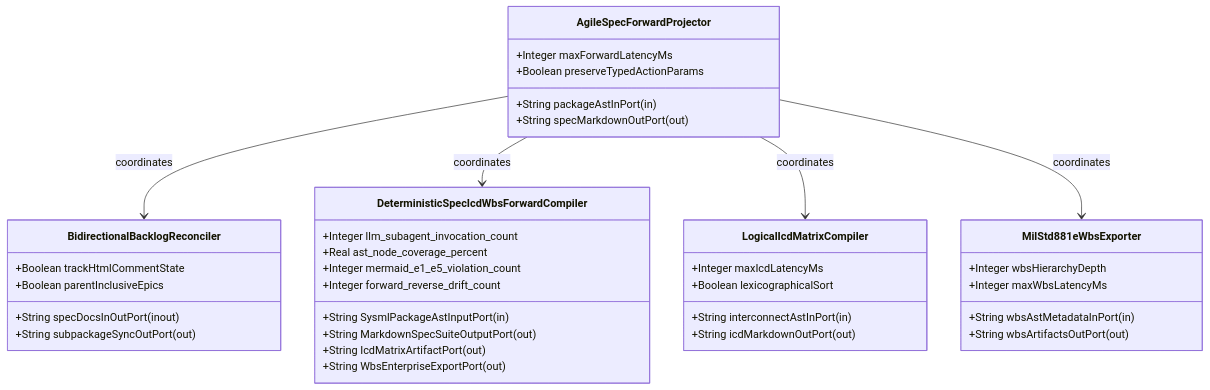
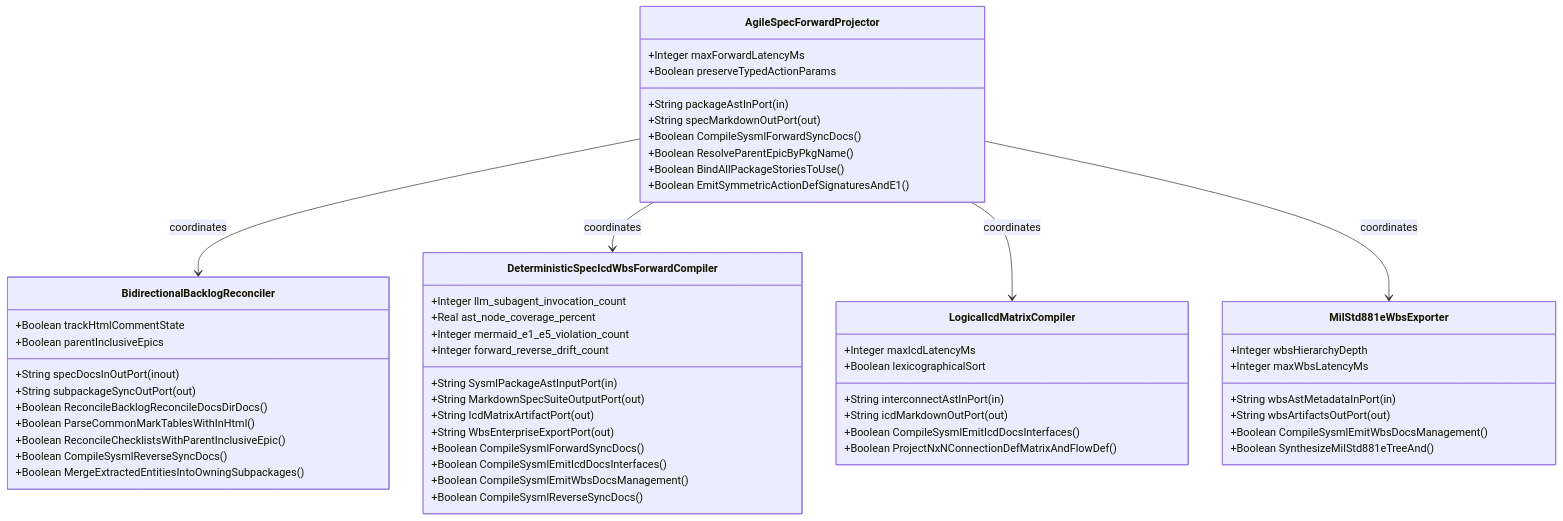
Before and after one commit to gintatkinson/DEAP01-spec-core: the first of 2 diagrams in .pipeline/upstream/docs/epics/EPIC-04-BP_04_Deterministic_Specification_ICD_and_WBS_Forward_Compiler_Blueprint.md, drawn with Mermaid. The commit also changed other lines of this file and 225 other files, not shown here.

````diff
--- a/.pipeline/upstream/docs/epics/EPIC-04-BP_04_Deterministic_Specification_ICD_and_WBS_Forward_Compiler_Blueprint.md
+++ b/.pipeline/upstream/docs/epics/EPIC-04-BP_04_Deterministic_Specification_ICD_and_WBS_Forward_Compiler_Blueprint.md
@@ -64,41 +82,58 @@
 ```mermaid
 classDiagram
     class AgileSpecForwardProjector {
         +String packageAstInPort (in)
         +String specMarkdownOutPort (out)
         +Integer maxForwardLatencyMs
         +Boolean preserveTypedActionParams
+        +Boolean CompileSysmlForwardSyncDocs()
+        +Boolean ResolveParentEpicByPkgName()
+        +Boolean BindAllPackageStoriesToUse()
+        +Boolean EmitSymmetricActionDefSignaturesAndE1()
     }
     class BidirectionalBacklogReconciler {
         +String specDocsInOutPort (inout)
         +String subpackageSyncOutPort (out)
         +Boolean trackHtmlCommentState
         +Boolean parentInclusiveEpics
+        +Boolean ReconcileBacklogReconcileDocsDirDocs()
+        +Boolean ParseCommonMarkTablesWithInHtml()
+        +Boolean ReconcileChecklistsWithParentInclusiveEpic()
+        +Boolean CompileSysmlReverseSyncDocs()
+        +Boolean MergeExtractedEntitiesIntoOwningSubpackages()
     }
     class DeterministicSpecIcdWbsForwardCompiler {
         +String SysmlPackageAstInputPort (in)
         +String MarkdownSpecSuiteOutputPort (out)
         +String IcdMatrixArtifactPort (out)
         +String WbsEnterpriseExportPort (out)
         +Integer llm_subagent_invocation_count
         +Real ast_node_coverage_percent
         +Integer mermaid_e1_e5_violation_count
         +Integer forward_reverse_drift_count
+        +Boolean CompileSysmlForwardSyncDocs()
+        +Boolean CompileSysmlEmitIcdDocsInterfaces()
+        +Boolean CompileSysmlEmitWbsDocsManagement()
+        +Boolean CompileSysmlReverseSyncDocs()
     }
     class LogicalIcdMatrixCompiler {
         +String interconnectAstInPort (in)
         +String icdMarkdownOutPort (out)
         +Integer maxIcdLatencyMs
         +Boolean lexicographicalSort
+        +Boolean CompileSysmlEmitIcdDocsInterfaces()
+        +Boolean ProjectNxNConnectionDefMatrixAndFlowDef()
     }
     class MilStd881eWbsExporter {
         +String wbsAstMetadataInPort (in)
         +String wbsArtifactsOutPort (out)
         +Integer wbsHierarchyDepth
         +Integer maxWbsLatencyMs
+        +Boolean CompileSysmlEmitWbsDocsManagement()
+        +Boolean SynthesizeMilStd881eTreeAnd()
     }
     AgileSpecForwardProjector --> BidirectionalBacklogReconciler : coordinates
     AgileSpecForwardProjector --> DeterministicSpecIcdWbsForwardCompiler : coordinates
     AgileSpecForwardProjector --> LogicalIcdMatrixCompiler : coordinates
     AgileSpecForwardProjector --> MilStd881eWbsExporter : coordinates
 ```
````
